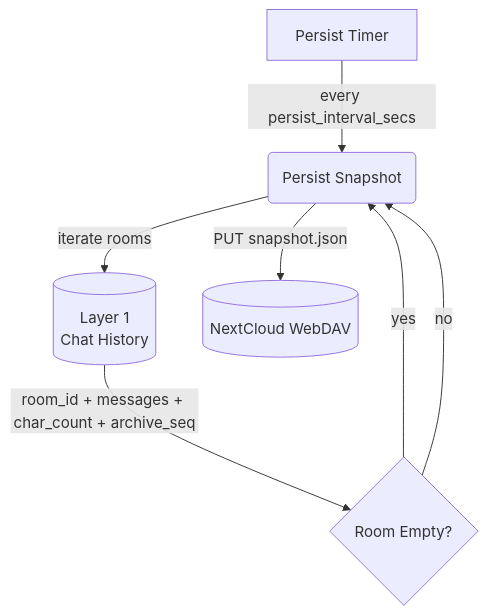
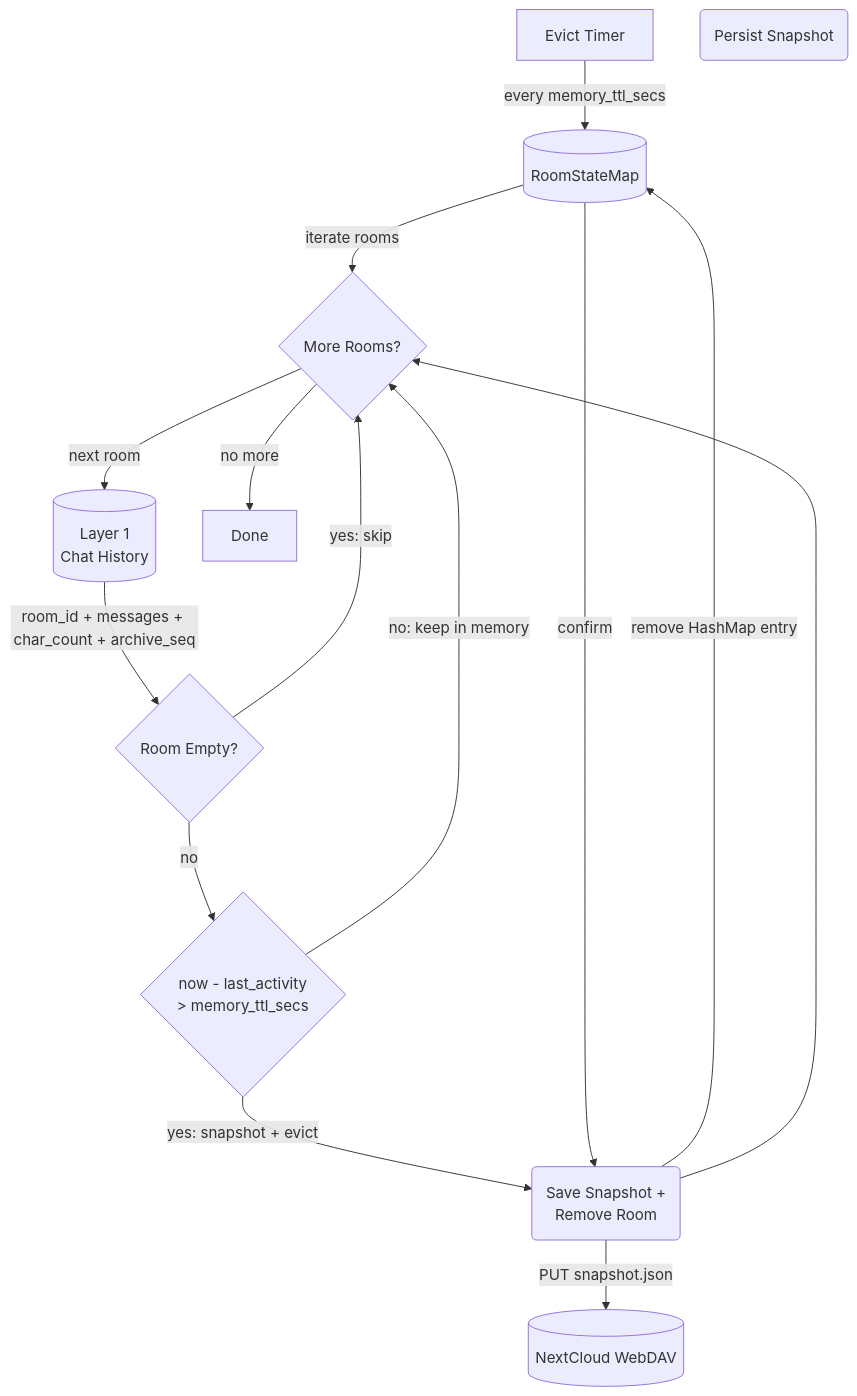
One commit to cosmoswafer/rockbot changed the third of 7 diagrams in _dfds/base/memory.md. Above: the diagram before and after it, drawn with Mermaid. The commit also changed other lines of this file and 2 other files, not shown here.

Commit message:
dfd: add memory cache TTL eviction flow — configurable idle timeout saves snapshot to WebDAV then unloads room from memory

````diff
--- a/_dfds/base/memory.md
+++ b/_dfds/base/memory.md
@@ -109,15 +117,27 @@
 ```mermaid
 flowchart TD
-    TIMER[Persist Timer]
+    TIMER[Evict Timer]
     L1[(Layer 1<br/>Chat History)]
     WEBDAV[(NextCloud WebDAV)]
+    LOAD_ROOM{More Rooms?}
+    EMPTY{Room Empty?}
     PERSIST(Persist Snapshot)
-    SKIP{Room Empty?}
+    STALE{"now - last_activity<br/>> memory_ttl_secs"}
+    EVICT(Save Snapshot +<br/>Remove Room)
+    ROOMS[(RoomStateMap)]
+    DONE[Done]
 
-    TIMER -->|"every persist_interval_secs"| PERSIST
-    PERSIST -->|"iterate rooms"| L1
-    L1 -->|"room_id + messages + char_count + archive_seq"| SKIP
-    SKIP -->|"yes"| PERSIST
-    SKIP -->|"no"| PERSIST
-    PERSIST -->|"PUT snapshot.json"| WEBDAV
+    TIMER -->|"every memory_ttl_secs"| ROOMS
+    ROOMS -->|"iterate rooms"| LOAD_ROOM
+    LOAD_ROOM -->|"next room"| L1
+    LOAD_ROOM -->|"no more"| DONE
+    L1 -->|"room_id + messages + char_count + archive_seq"| EMPTY
+    EMPTY -->|"no"| STALE
+    EMPTY -->|"yes: skip"| LOAD_ROOM
+    STALE -->|"yes: snapshot + evict"| EVICT
+    STALE -->|"no: keep in memory"| LOAD_ROOM
+    EVICT -->|"PUT snapshot.json"| WEBDAV
+    EVICT -->|"remove HashMap entry"| ROOMS
+    ROOMS -->|"confirm"| EVICT
+    EVICT --> LOAD_ROOM
 ```
````
